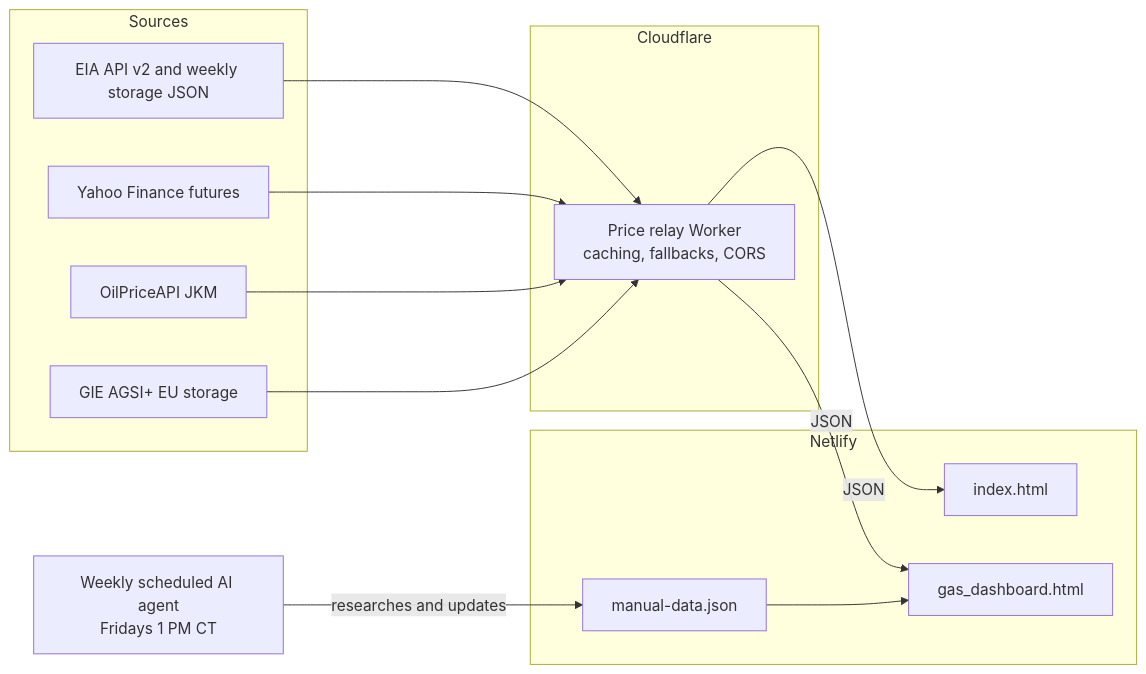
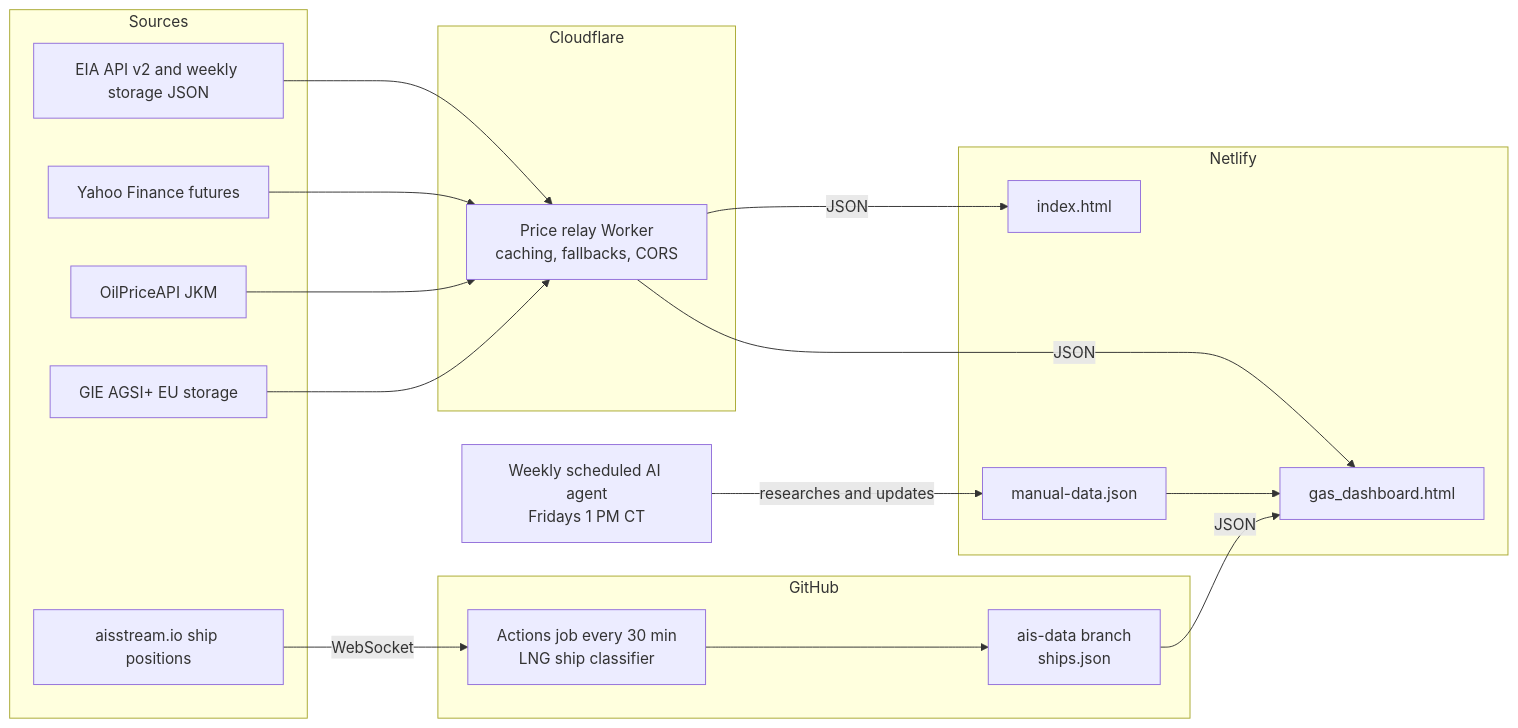
One commit to sanjoconsult/sanjo-gas-dashboard changed the diagram in README.md. Above: the diagram before and after it, drawn with Mermaid. The commit also changed other lines of this file and 10 other files, not shown here.

First line of the commit message:
Live LNG carrier tracking at Gulf Coast terminals (aisstream.io)

````diff
--- a/README.md
+++ b/README.md
@@ -12,25 +12,31 @@
 ```mermaid
 flowchart LR
   subgraph Sources
     EIA[EIA API v2 and weekly storage JSON]
     Y[Yahoo Finance futures]
     OPA[OilPriceAPI JKM]
     GIE[GIE AGSI+ EU storage]
+    AIS[aisstream.io ship positions]
+  end
+  subgraph GitHub
+    A[Actions job every 30 min<br/>LNG ship classifier]
+    B[ais-data branch<br/>ships.json]
   end
   subgraph Cloudflare
     R[Price relay Worker<br/>caching, fallbacks, CORS]
   end
   subgraph Netlify
     H[index.html]
     D[gas_dashboard.html]
     M[manual-data.json]
   end
   W[Weekly scheduled AI agent<br/>Fridays 1 PM CT] -->|researches and updates| M
   EIA --> R
   Y --> R
   OPA --> R
   GIE --> R
   R -->|JSON| H
   R -->|JSON| D
   M --> D
+  AIS -->|WebSocket| A --> B -->|JSON| D
 ```
````
